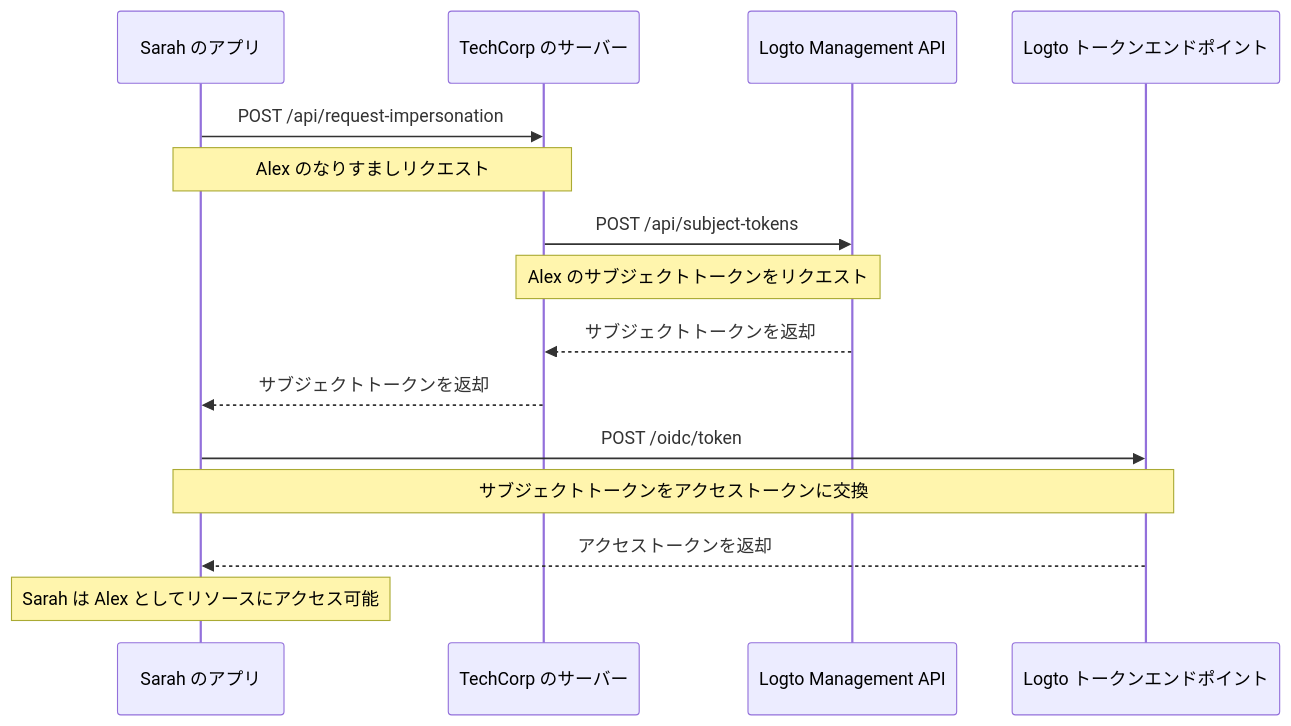
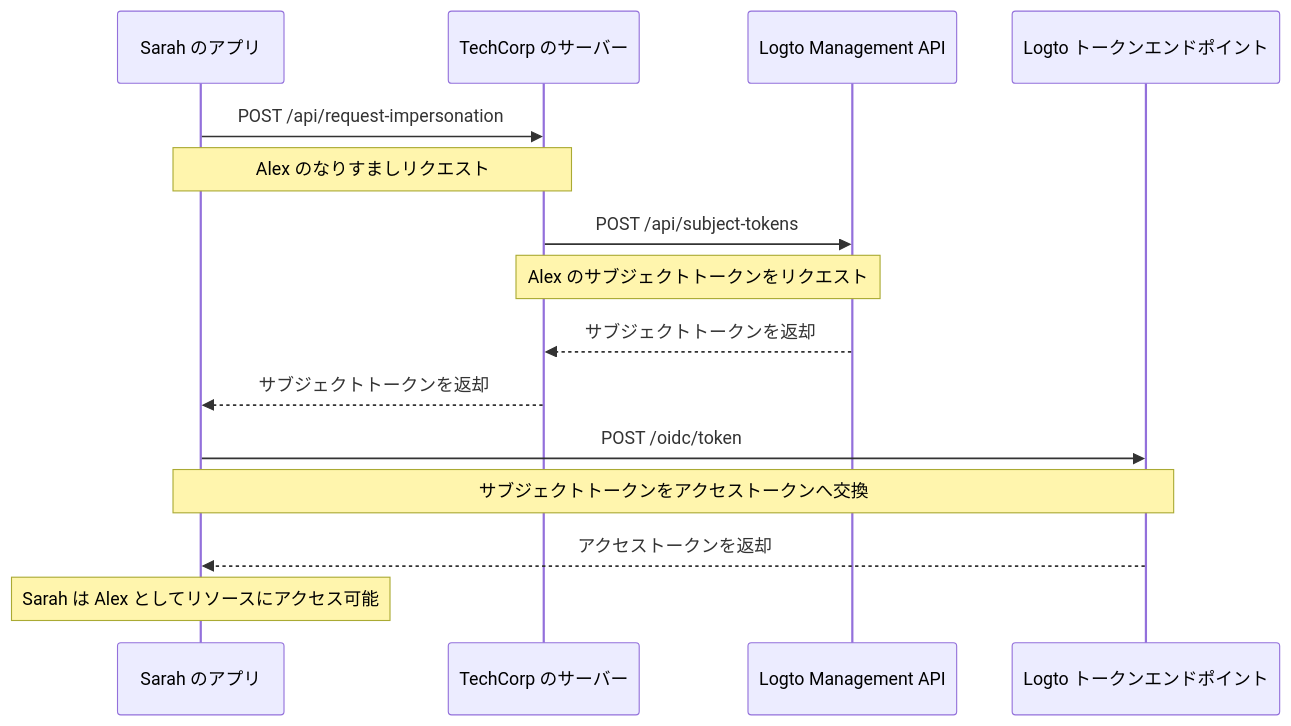
Before and after one commit to logto-io/docs: the diagram in i18n/ja/docusaurus-plugin-content-docs/current/developers/user-impersonation.mdx, drawn with Mermaid. The commit also changed other lines of this file and 53 other files, not shown here.

````diff
--- a/i18n/ja/docusaurus-plugin-content-docs/current/developers/user-impersonation.mdx
+++ b/i18n/ja/docusaurus-plugin-content-docs/current/developers/user-impersonation.mdx
@@ -16,22 +18,22 @@
 ```mermaid
 sequenceDiagram
     participant Sarah as Sarah のアプリ
     participant TechCorp as TechCorp のサーバー
     participant Logto as Logto Management API
     participant LogtoToken as Logto トークンエンドポイント
 
     Sarah->>TechCorp: POST /api/request-impersonation
     Note over Sarah,TechCorp: Alex のなりすましリクエスト
 
     TechCorp->>Logto: POST /api/subject-tokens
     Note over TechCorp,Logto: Alex のサブジェクトトークンをリクエスト
 
     Logto-->>TechCorp: サブジェクトトークンを返却
     TechCorp-->>Sarah: サブジェクトトークンを返却
 
     Sarah->>LogtoToken: POST /oidc/token
-    Note over Sarah,LogtoToken: サブジェクトトークンをアクセストークンに交換
+    Note over Sarah,LogtoToken: サブジェクトトークンをアクセストークンへ交換
 
     LogtoToken-->>Sarah: アクセストークンを返却
     Note over Sarah: Sarah は Alex としてリソースにアクセス可能
 ```
````
